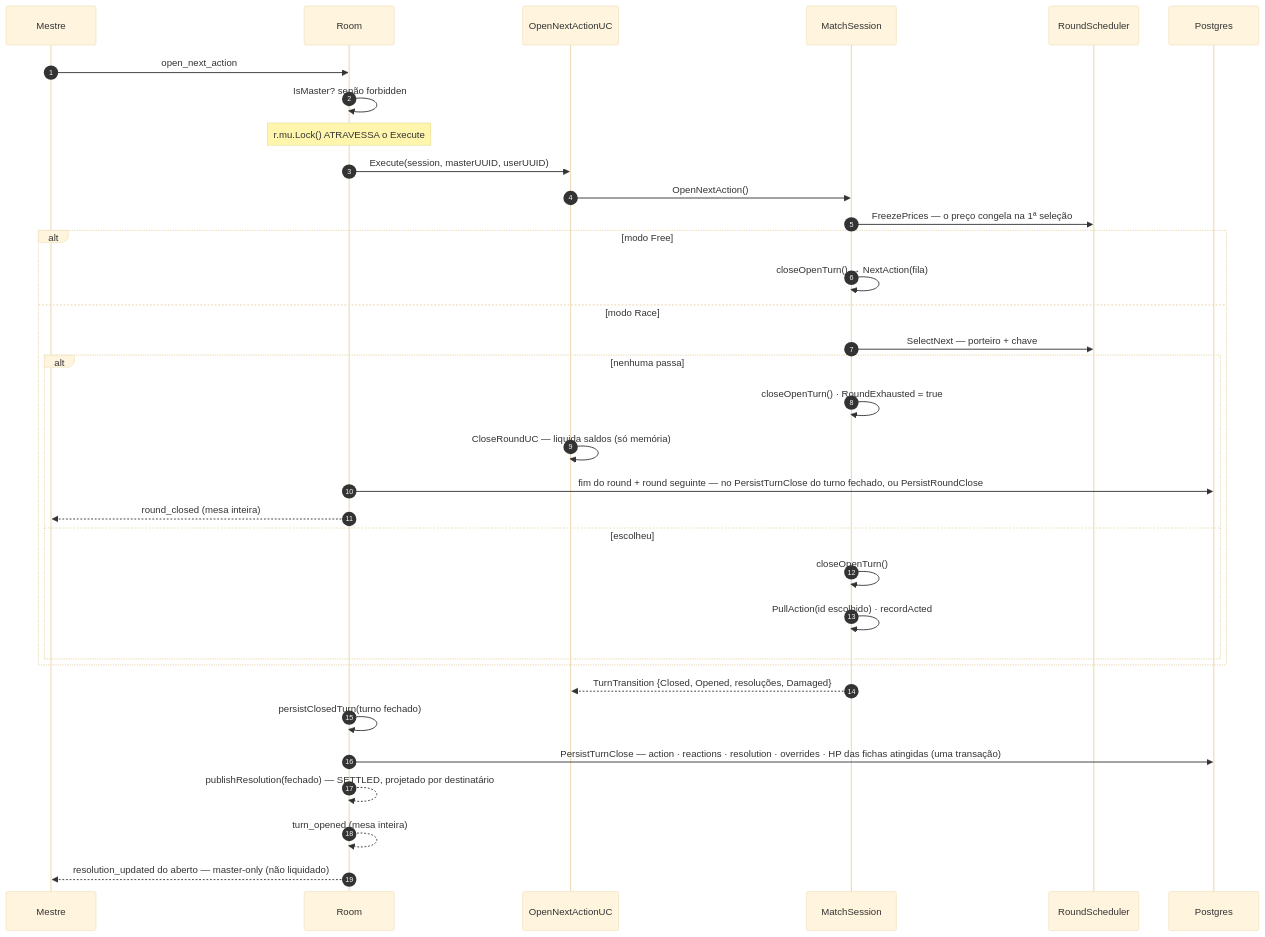
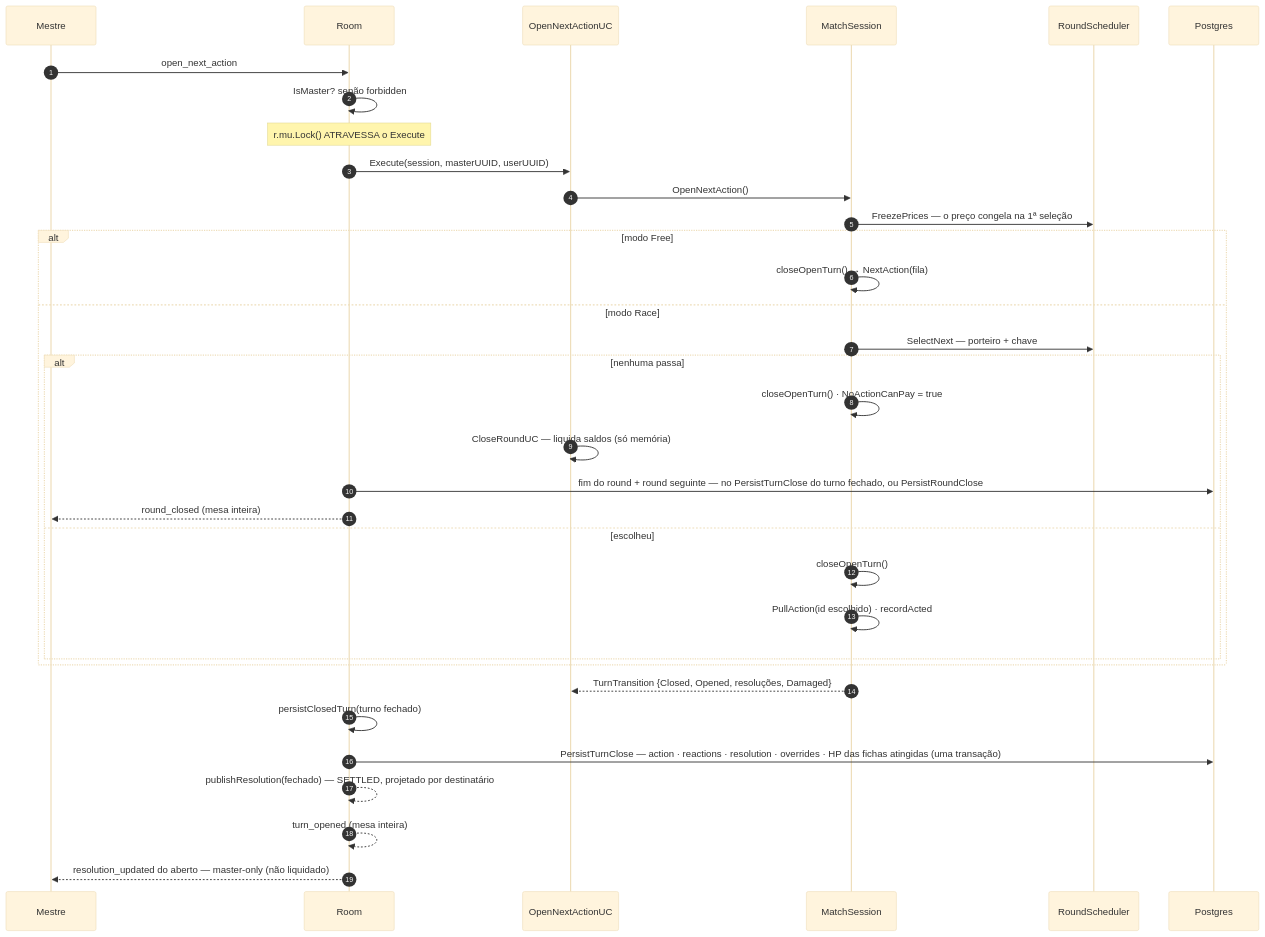
Before and after one commit to 422UR4H/HxH_RPG_System: the third of 7 diagrams in docs/dev/match/flows/03-fluxo-de-acao.md, drawn with Mermaid (base theme). The commit also changed 19 other files, not shown here.

````diff
--- a/docs/dev/match/flows/03-fluxo-de-acao.md
+++ b/docs/dev/match/flows/03-fluxo-de-acao.md
@@ -105,37 +105,37 @@
 ```mermaid
 sequenceDiagram
     autonumber
     participant M as Mestre
     participant R as Room
     participant UC as OpenNextActionUC
     participant S as MatchSession
     participant SCH as RoundScheduler
     participant DB as Postgres
 
     M->>R: open_next_action
     R->>R: IsMaster? senão forbidden
     Note over R: r.mu.Lock() ATRAVESSA o Execute
     R->>UC: Execute(session, masterUUID, userUUID)
     UC->>S: OpenNextAction()
     S->>SCH: FreezePrices — o preço congela na 1ª seleção
     alt modo Free
         S->>S: closeOpenTurn() → NextAction(fila)
     else modo Race
         S->>SCH: SelectNext — porteiro + chave
         alt nenhuma passa
-            S->>S: closeOpenTurn() · RoundExhausted = true
+            S->>S: closeOpenTurn() · NoActionCanPay = true
             UC->>UC: CloseRoundUC — liquida saldos (só memória)
             R->>DB: fim do round + round seguinte — no PersistTurnClose do turno fechado, ou PersistRoundClose
             R-->>M: round_closed (mesa inteira)
         else escolheu
             S->>S: closeOpenTurn()
             S->>S: PullAction(id escolhido) · recordActed
         end
     end
     S-->>UC: TurnTransition {Closed, Opened, resoluções, Damaged}
     R->>R: persistClosedTurn(turno fechado)
     R->>DB: PersistTurnClose — action · reactions · resolution · overrides · HP das fichas atingidas (uma transação)
     R-->>R: publishResolution(fechado) — SETTLED, projetado por destinatário
     R-->>R: turn_opened (mesa inteira)
     R-->>M: resolution_updated do aberto — master-only (não liquidado)
 ```
````
